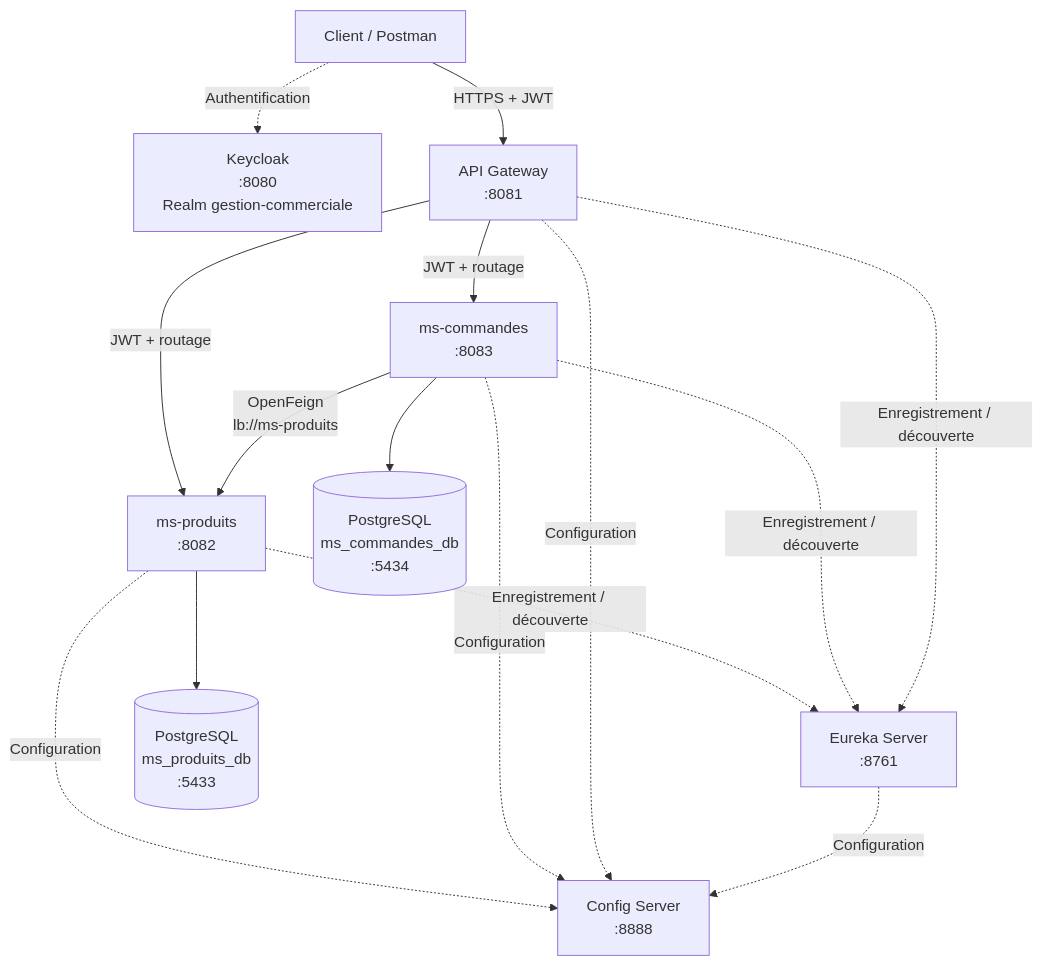
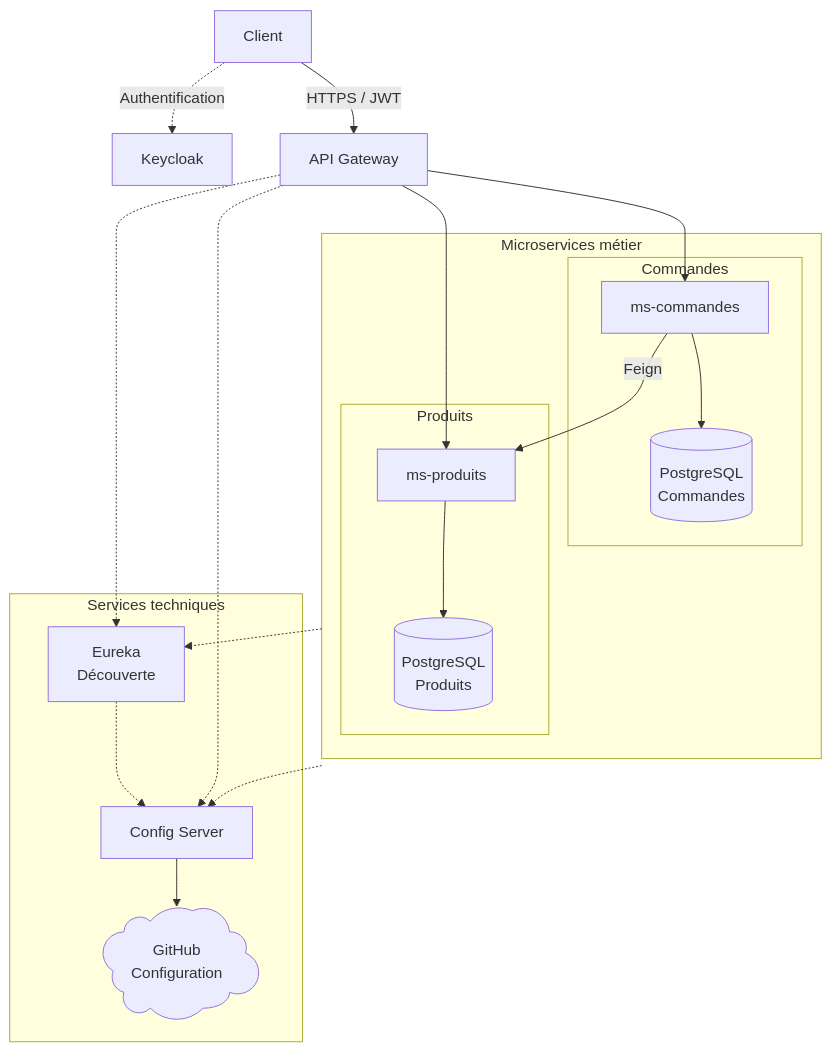
One commit to Sidy74/INF2205-tp-microservices changed the diagram in uml-microservices/01-architecture.md. Above: the diagram before and after it, drawn with Mermaid.

Commit message:
Update architecture diagram for microservices

````diff
--- a/uml-microservices/01-architecture.md
+++ b/uml-microservices/01-architecture.md
@@ -3,34 +3,41 @@
 ```mermaid
 flowchart TB
-    Client["Client / Postman"]
+    Client["Client"]
+    KC["Keycloak"]
+    GW["API Gateway"]
 
-    KC["Keycloak<br/>:8080<br/>Realm gestion-commerciale"]
-    GW["API Gateway<br/>:8081"]
-    CFG["Config Server<br/>:8888"]
-    EUR["Eureka Server<br/>:8761"]
+    Client -->|"HTTPS / JWT"| GW
+    Client -.->|"Authentification"| KC
 
-    MP["ms-produits<br/>:8082"]
-    MC["ms-commandes<br/>:8083"]
+    subgraph METIER ["Microservices métier"]
+        subgraph COMMANDES ["Commandes"]
+            MC["ms-commandes"]
+            DBC[("PostgreSQL<br/>Commandes")]
+            MC --> DBC
+        end
 
-    DBP[("PostgreSQL<br/>ms_produits_db<br/>:5433")]
-    DBC[("PostgreSQL<br/>ms_commandes_db<br/>:5434")]
+        subgraph PRODUITS ["Produits"]
+            MP["ms-produits"]
+            DBP[("PostgreSQL<br/>Produits")]
+            MP --> DBP
+        end
 
-    Client -->|"HTTPS + JWT"| GW
-    Client -.->|"Authentification"| KC
-    GW -->|"JWT + routage"| MP
-    GW -->|"JWT + routage"| MC
+        MC -->|"Feign"| MP
+    end
 
-    MP --> DBP
-    MC --> DBC
+    GW --> MC
+    GW --> MP
 
-    MC -->|"OpenFeign<br/>lb://ms-produits"| MP
+    subgraph INFRA ["Services techniques"]
+        EUR["Eureka<br/>Découverte"]
+        CFG["Config Server"]
+        GIT@{ shape: cloud, label: "GitHub<br/>Configuration" }
+        EUR -.-> CFG
+        CFG --> GIT
+    end
 
-    MP -.->|"Enregistrement / découverte"| EUR
-    MC -.->|"Enregistrement / découverte"| EUR
-    GW -.->|"Enregistrement / découverte"| EUR
-
-    MP -.->|"Configuration"| CFG
-    MC -.->|"Configuration"| CFG
-    GW -.->|"Configuration"| CFG
-    EUR -.->|"Configuration"| CFG
+    METIER -.-> EUR
+    METIER -.-> CFG
+    GW -.-> EUR
+    GW -.-> CFG
 ```
````
